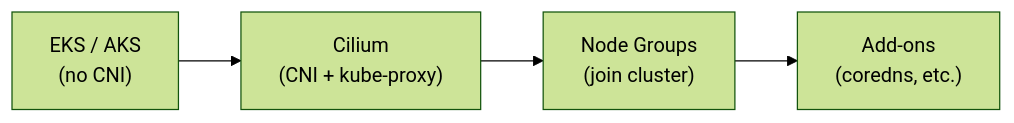
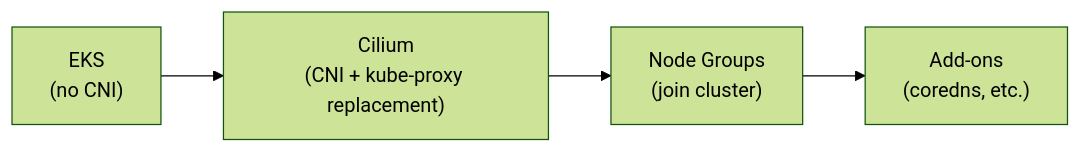
One commit to asanexample/platform changed the diagram in infra/docs/08-kubernetes-network-design.md. Above: the diagram before and after it, drawn with Mermaid (forest theme). The commit also changed other lines of this file, not shown here.

````diff
--- a/infra/docs/08-kubernetes-network-design.md
+++ b/infra/docs/08-kubernetes-network-design.md
@@ -98,6 +94,6 @@
 ```mermaid
 graph LR
-    EKS["EKS / AKS<br/>(no CNI)"] --> CIL["Cilium<br/>(CNI + kube-proxy)"]
+    EKS["EKS<br/>(no CNI)"] --> CIL["Cilium<br/>(CNI + kube-proxy replacement)"]
     CIL --> NG["Node Groups<br/>(join cluster)"]
     NG --> ADDONS["Add-ons<br/>(coredns, etc.)"]
 ```
````
